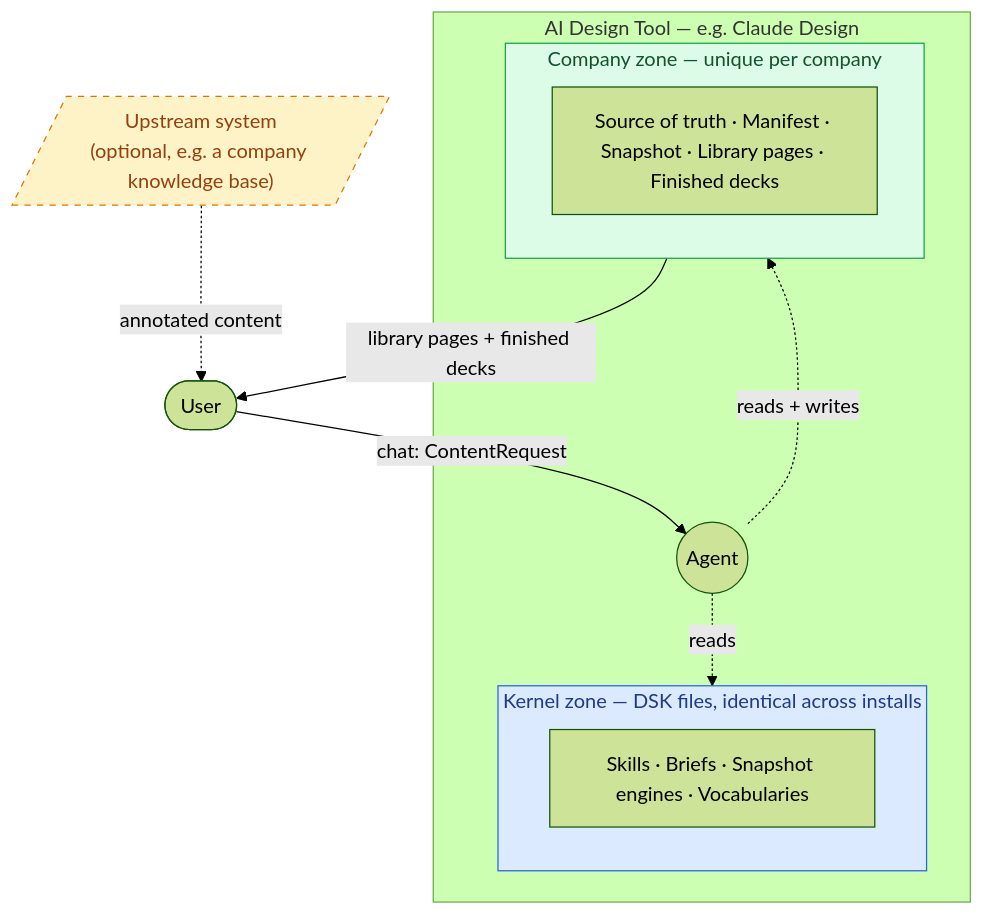
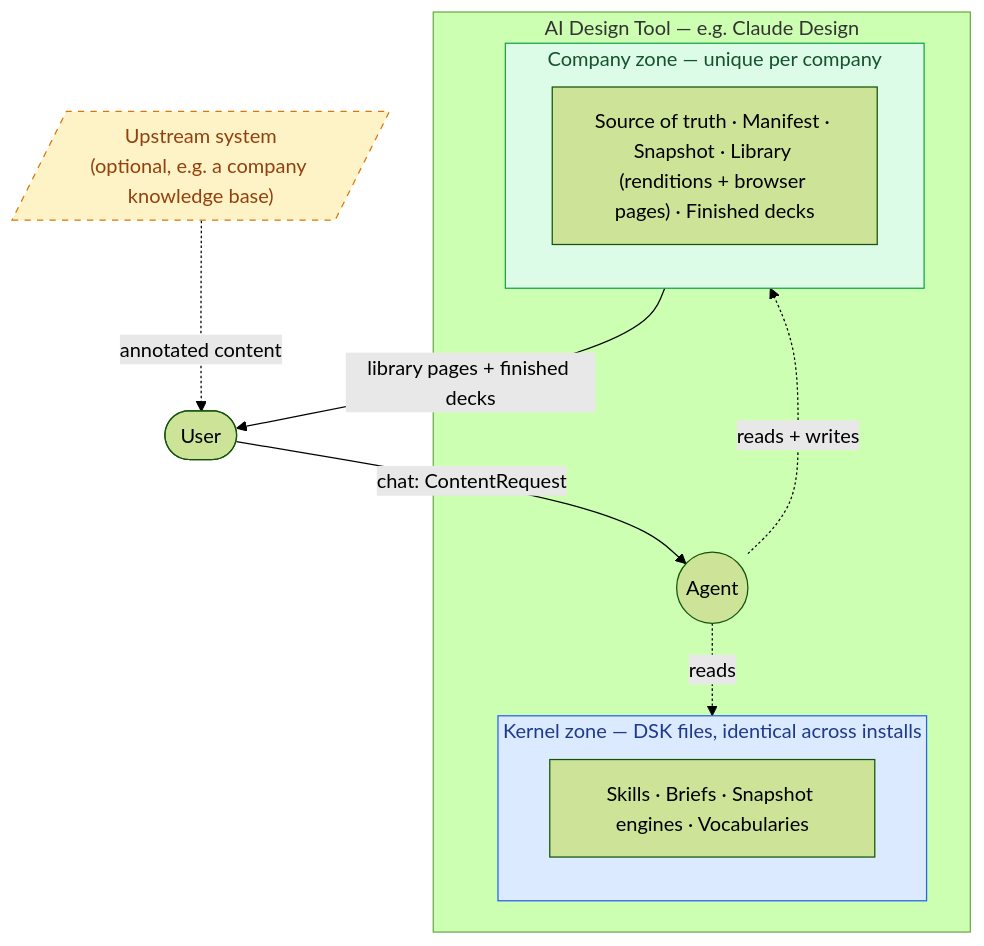
One commit to dawid-dahl-umain/design-system-kernel changed the diagram in requirements/architecture.md. Above: the diagram before and after it, drawn with Mermaid (forest theme). The commit also changed other lines of this file and 8 other files, not shown here.

Commit message:
Document renditions vs library pages distinction across READMEs and requirements docs (bump 0.2.1)

````diff
--- a/requirements/architecture.md
+++ b/requirements/architecture.md
@@ -5,27 +5,27 @@
 ```mermaid
 flowchart TB
     User([User])
     Upstream[/"Upstream system<br/>(optional, e.g. a company knowledge base)"/]
 
     subgraph Host["AI Design Tool — e.g. Claude Design"]
         Agent((Agent))
 
         subgraph K["Kernel zone — DSK files, identical across installs"]
             KStuff["Skills · Briefs · Snapshot engines · Vocabularies"]
         end
 
         subgraph Cz["Company zone — unique per company"]
-            CStuff["Source of truth · Manifest · Snapshot · Library pages · Finished decks"]
+            CStuff["Source of truth · Manifest · Snapshot · Library (renditions + browser pages) · Finished decks"]
         end
     end
 
     User -->|chat: ContentRequest| Agent
     Upstream -.->|annotated content| User
     Agent -.reads.-> K
     Agent -.reads + writes.-> Cz
     Cz -->|library pages + finished decks| User
 
     style K fill:#dbeafe,stroke:#2563eb,color:#1e3a8a
     style Cz fill:#dcfce7,stroke:#16a34a,color:#14532d
     style Upstream fill:#fef3c7,stroke:#d97706,stroke-dasharray:5 5,color:#92400e
 ```
````
